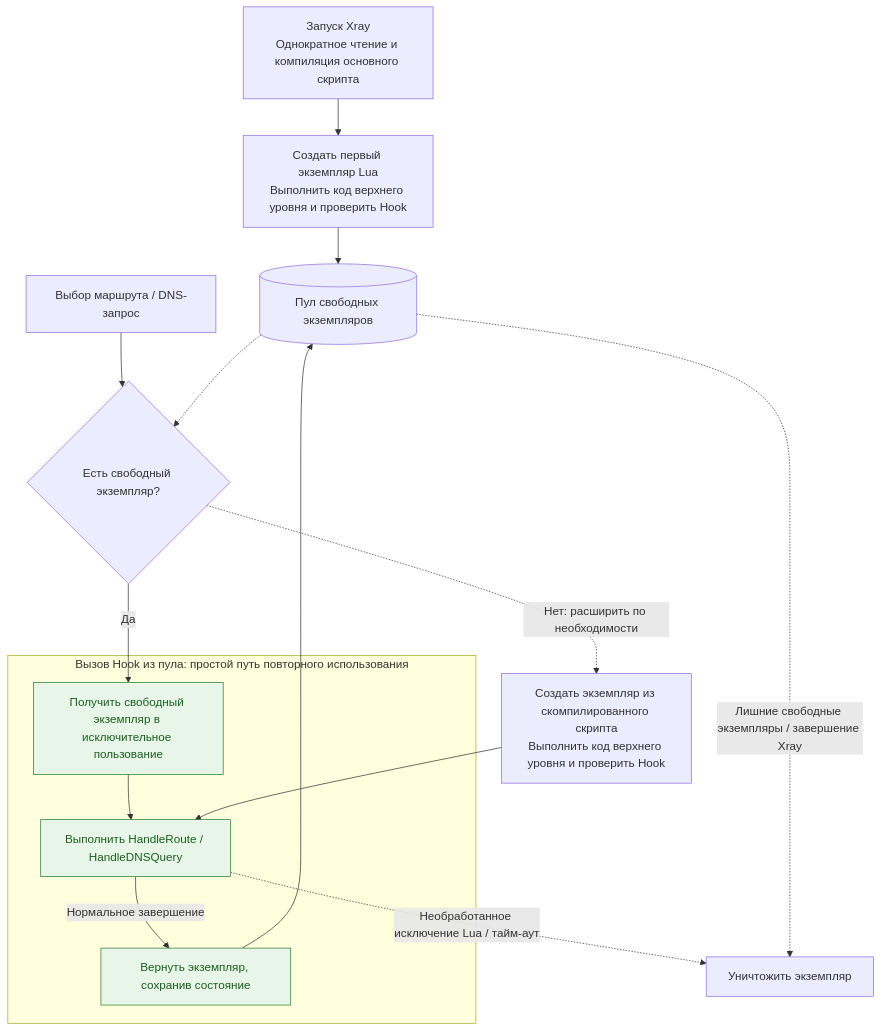
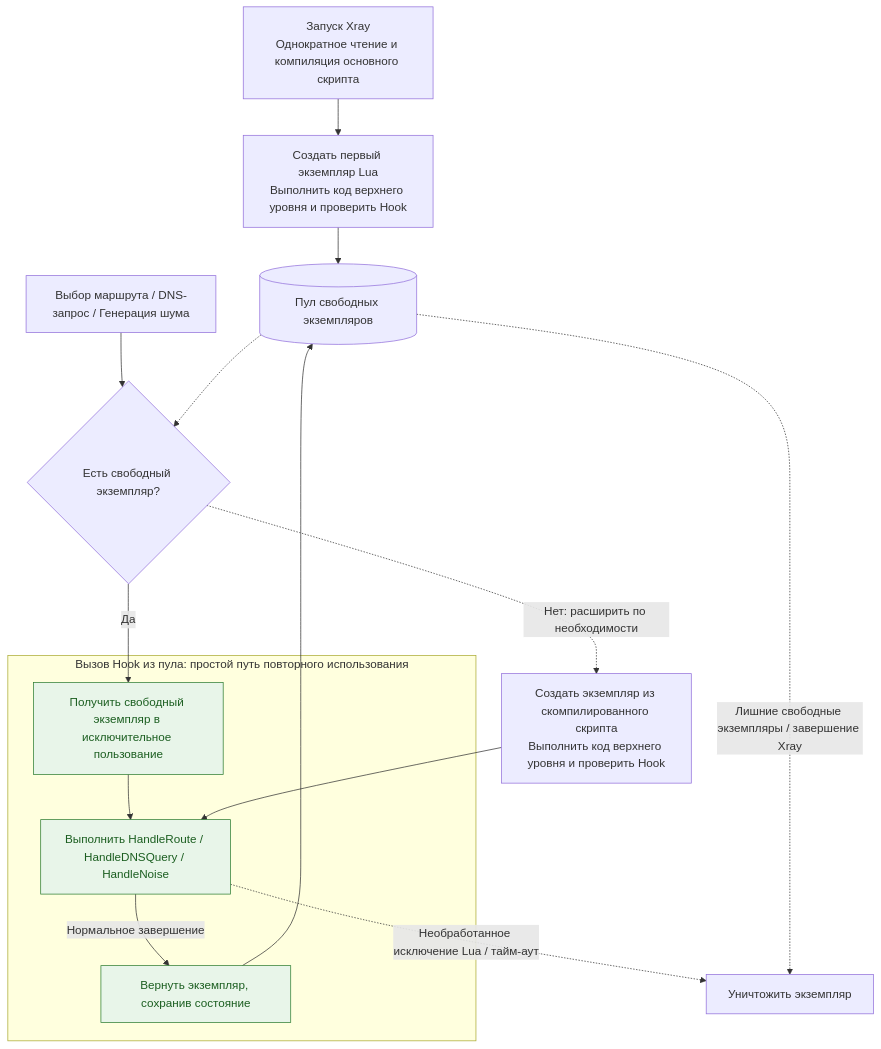
One commit to XTLS/Xray-docs-next changed the diagram in docs/ru/development/lua/guide/lifecycle.md. Above: the diagram before and after it, drawn with Mermaid. The commit also changed other lines of this file and 17 other files, not shown here.

````diff
--- a/docs/ru/development/lua/guide/lifecycle.md
+++ b/docs/ru/development/lua/guide/lifecycle.md
@@ -23,22 +25,22 @@
 ```mermaid
 flowchart TD
     LOAD["Запуск Xray<br/>Однократное чтение и компиляция основного скрипта"] --> INIT["Создать первый экземпляр Lua<br/>Выполнить код верхнего уровня и проверить Hook"]
     INIT --> POOL[("Пул свободных экземпляров")]
 
     subgraph CALL["Вызов Hook из пула: простой путь повторного использования"]
-        TAKE["Получить свободный экземпляр в исключительное пользование"] --> RUN["Выполнить HandleRoute / HandleDNSQuery"]
+        TAKE["Получить свободный экземпляр в исключительное пользование"] --> RUN["Выполнить HandleRoute / HandleDNSQuery / HandleNoise"]
         RUN -->|Нормальное завершение| PUT["Вернуть экземпляр, сохранив состояние"]
     end
 
-    REQUEST["Выбор маршрута / DNS-запрос"] --> AVAILABLE{"Есть свободный экземпляр?"}
+    REQUEST["Выбор маршрута / DNS-запрос / Генерация шума"] --> AVAILABLE{"Есть свободный экземпляр?"}
     POOL -.-> AVAILABLE
     AVAILABLE -->|Да| TAKE
     PUT --> POOL
     AVAILABLE -. Нет: расширить по необходимости .-> CREATE["Создать экземпляр из скомпилированного скрипта<br/>Выполнить код верхнего уровня и проверить Hook"]
     CREATE --> RUN
     RUN -. Необработанное исключение Lua / тайм-аут .-> DESTROY["Уничтожить экземпляр"]
     POOL -. Лишние свободные экземпляры / завершение Xray .-> DESTROY
 
     classDef reuse fill:#e8f5e9,stroke:#2e7d32,color:#1b5e20
     class TAKE,RUN,PUT reuse
 ```
````
